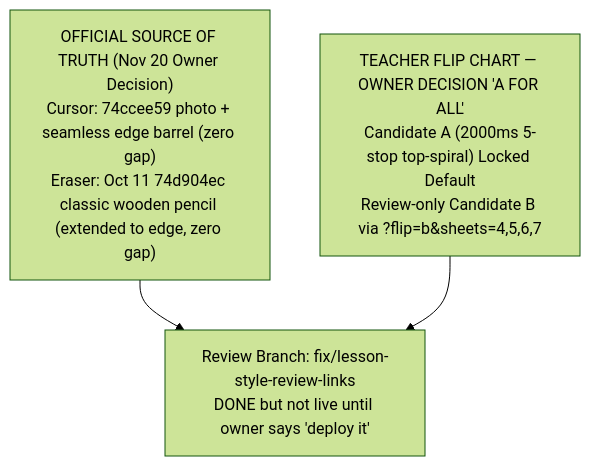
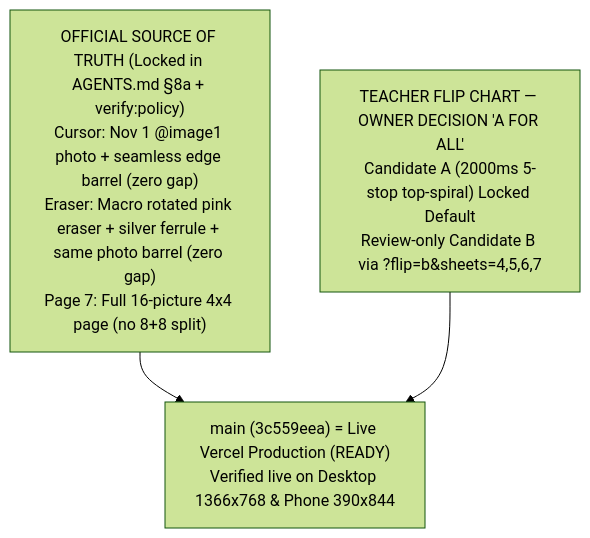
Before and after one commit to ejnburrows-rgb/cartilla-de-gretel: the diagram in docs/OWNER-VISUAL-STATUS.md, drawn with Mermaid (forest theme). The commit also changed other lines of this file, not shown here.

Commit message:
docs: sync OWNER-VISUAL-STATUS.md to live-verified 3c559eea source of truth (#1320)

````diff
--- a/docs/OWNER-VISUAL-STATUS.md
+++ b/docs/OWNER-VISUAL-STATUS.md
@@ -17,9 +17,9 @@
 ```mermaid
 flowchart TD
-    SPEC["OFFICIAL SOURCE OF TRUTH (Nov 20 Owner Decision)<br/>Cursor: 74ccee59 photo + seamless edge barrel (zero gap)<br/>Eraser: Oct 11 74d904ec classic wooden pencil (extended to edge, zero gap)"]
+    SPEC["OFFICIAL SOURCE OF TRUTH (Locked in AGENTS.md §8a + verify:policy)<br/>Cursor: Nov 1 @image1 photo + seamless edge barrel (zero gap)<br/>Eraser: Macro rotated pink eraser + silver ferrule + same photo barrel (zero gap)<br/>Page 7: Full 16-picture 4x4 page (no 8+8 split)"]
     FC["TEACHER FLIP CHART — OWNER DECISION 'A FOR ALL'<br/>Candidate A (2000ms 5-stop top-spiral) Locked Default<br/>Review-only Candidate B via ?flip=b&sheets=4,5,6,7"]
-    MAIN["Review Branch: fix/lesson-style-review-links<br/>DONE but not live until owner says 'deploy it'"]
+    LIVE["main (3c559eea) = Live Vercel Production (READY)<br/>Verified live on Desktop 1366x768 & Phone 390x844"]
 
-    SPEC --> MAIN
-    FC --> MAIN
+    SPEC --> LIVE
+    FC --> LIVE
 ```
````
